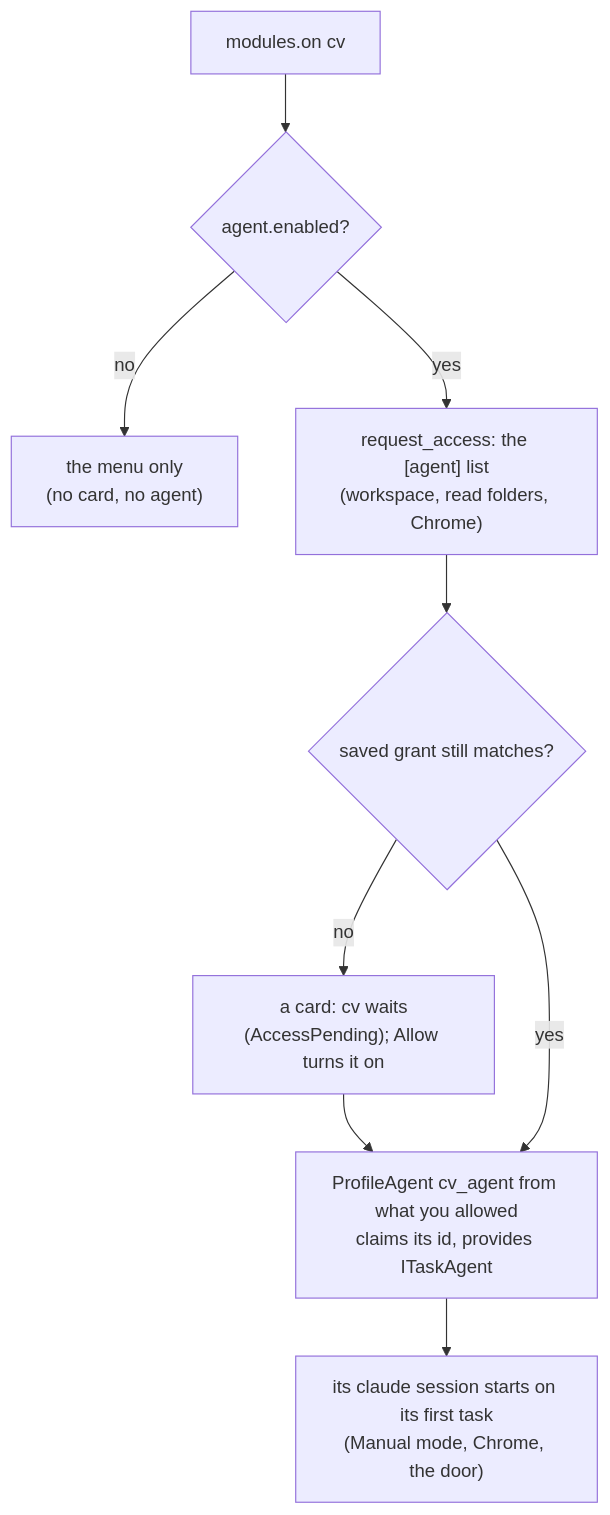
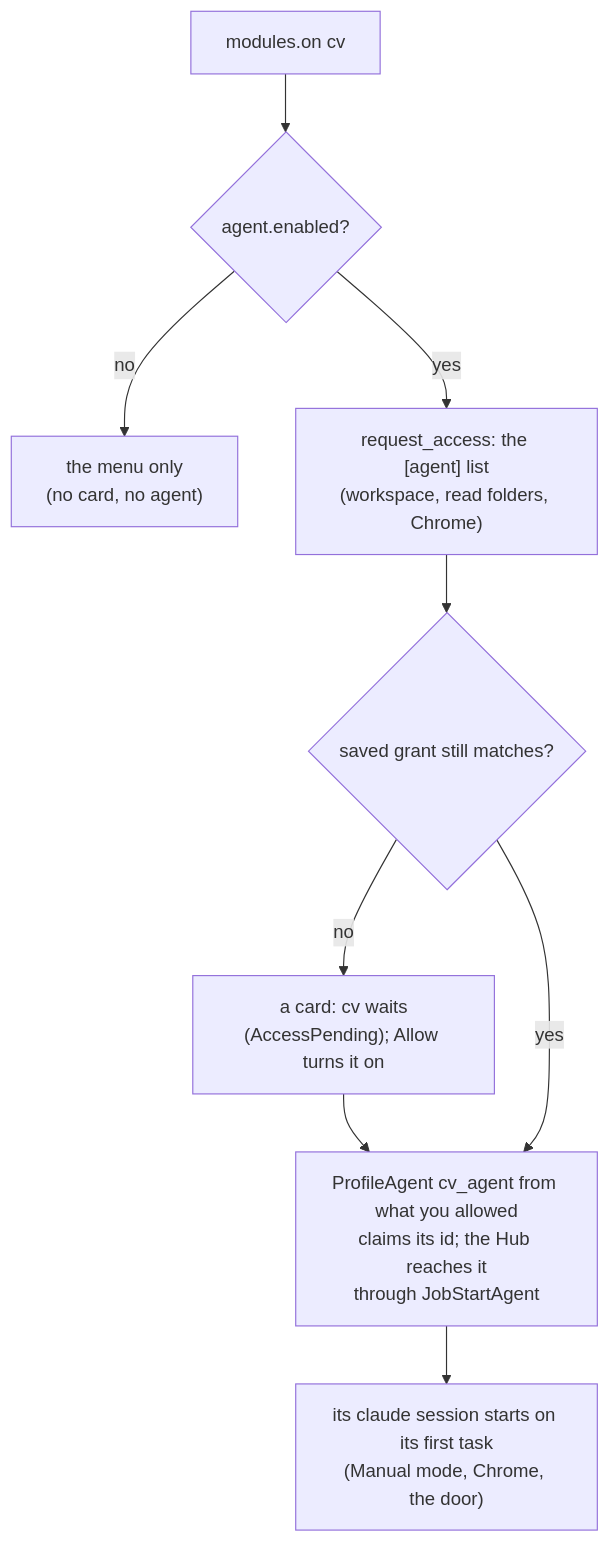
Before and after one commit to sharramon/AI_Assistant: the third of 9 diagrams in src/assistant/modules/cv/docs/architecture.md, drawn with Mermaid. The commit also changed other lines of this file and 66 other files, not shown here.

Commit message:
cv module: the CV Tool app (src/cv_tool) as its UI, PDF in and PDF out, cv.task the only path for the job agent, the Submit delivered and noticed, its docs and tests

````diff
--- a/src/assistant/modules/cv/docs/architecture.md
+++ b/src/assistant/modules/cv/docs/architecture.md
@@ -167,16 +188,16 @@
 ```mermaid
 flowchart TB
   t0["modules.on cv"]
   t1{"agent.enabled?"}
   t2["the menu only<br/>(no card, no agent)"]
   t3["request_access: the [agent] list<br/>(workspace, read folders, Chrome)"]
   t4{"saved grant still matches?"}
   t5["a card: cv waits<br/>(AccessPending); Allow turns it on"]
-  t6["ProfileAgent cv_agent from what you allowed<br/>claims its id, provides ITaskAgent"]
+  t6["ProfileAgent cv_agent from what you allowed<br/>claims its id; the Hub reaches it<br/>through JobStartAgent"]
   t7["its claude session starts on its first task<br/>(Manual mode, Chrome, the door)"]
   t0 --> t1
   t1 -- no --> t2
   t1 -- yes --> t3 --> t4
   t4 -- no --> t5 --> t6
   t4 -- yes --> t6 --> t7
 ```
````
